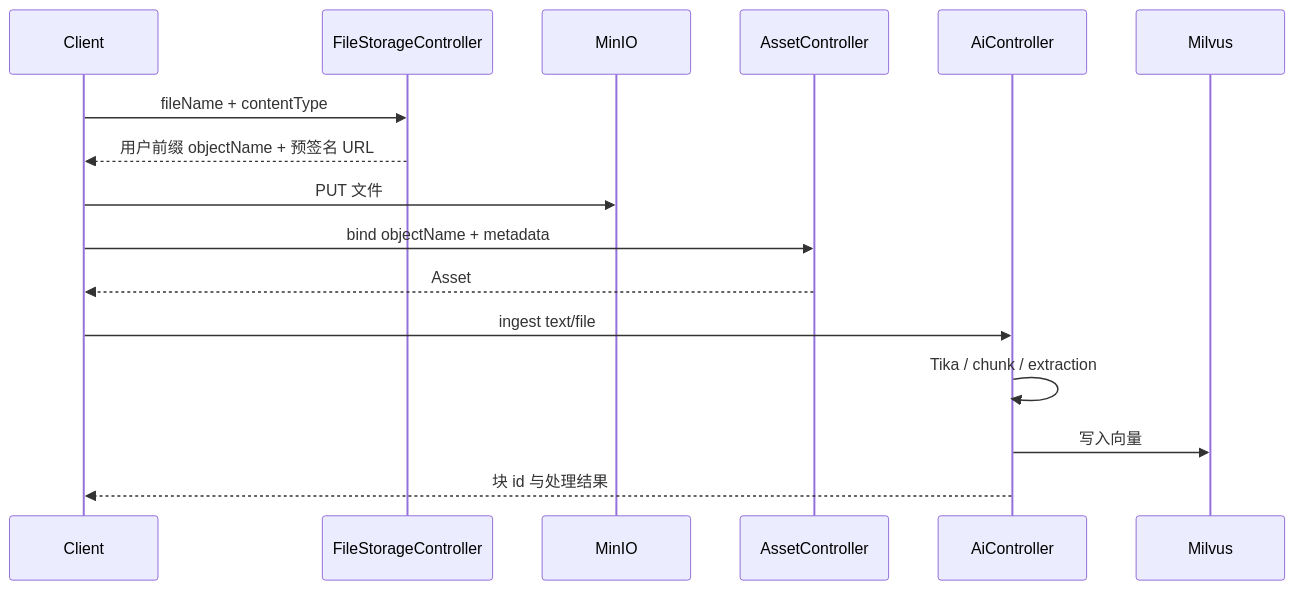
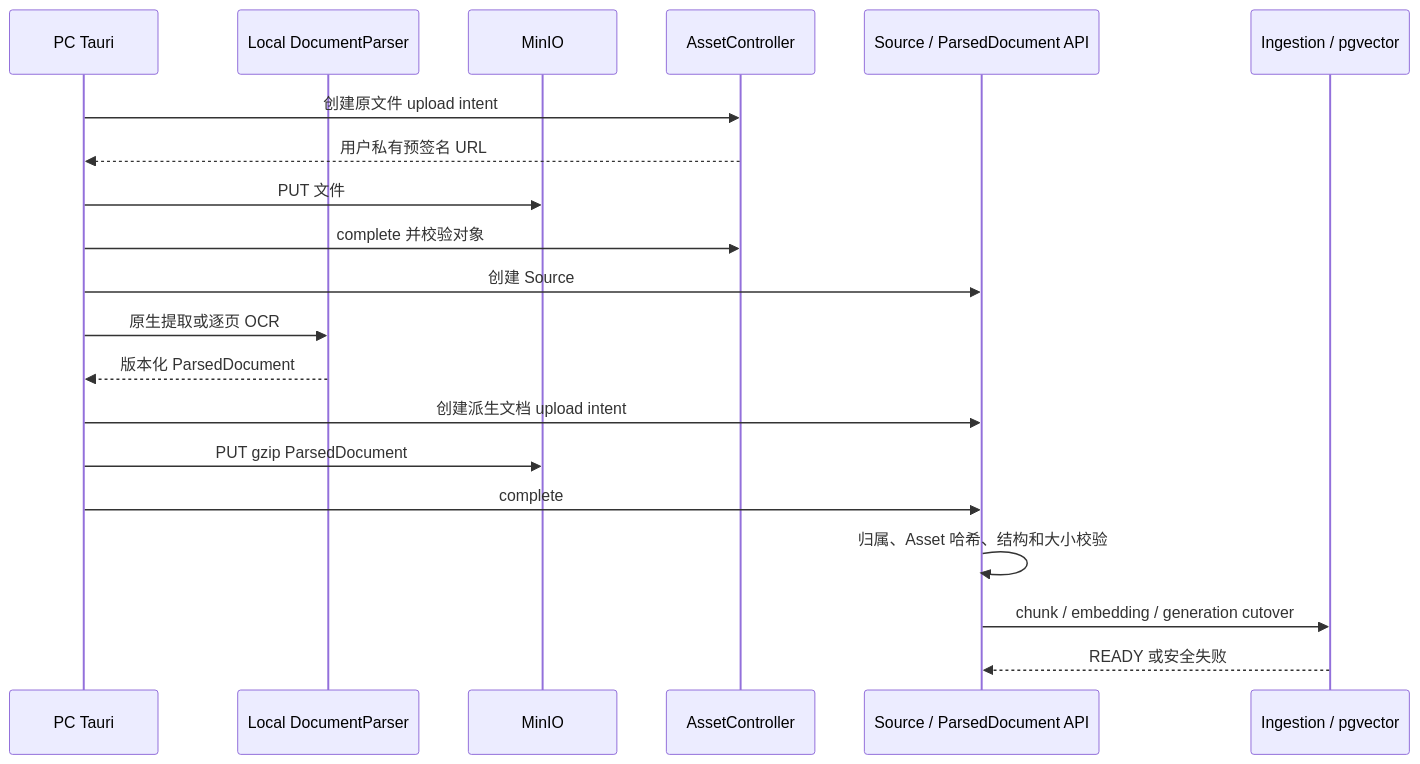
One commit to fewhuooo/Auralis changed the fourth of 4 diagrams in docs/project/Architecture.md. Above: the diagram before and after it, drawn with Mermaid. The commit also changed other lines of this file and 5 other files, not shown here.

Commit message:
docs: design pc tauri ai reading flow

````diff
--- a/docs/project/Architecture.md
+++ b/docs/project/Architecture.md
@@ -141,18 +142,22 @@
 ```mermaid
 sequenceDiagram
-  participant C as Client
-  participant F as FileStorageController
+  participant C as PC Tauri
+  participant P as Local DocumentParser
   participant O as MinIO
   participant A as AssetController
-  participant AI as AiController
-  participant V as Milvus
-  C->>F: fileName + contentType
-  F-->>C: 用户前缀 objectName + 预签名 URL
+  participant S as Source / ParsedDocument API
+  participant R as Ingestion / pgvector
+  C->>A: 创建原文件 upload intent
+  A-->>C: 用户私有预签名 URL
   C->>O: PUT 文件
-  C->>A: bind objectName + metadata
-  A-->>C: Asset
-  C->>AI: ingest text/file
-  AI->>AI: Tika / chunk / extraction
-  AI->>V: 写入向量
-  AI-->>C: 块 id 与处理结果
+  C->>A: complete 并校验对象
+  C->>S: 创建 Source
+  C->>P: 原生提取或逐页 OCR
+  P-->>C: 版本化 ParsedDocument
+  C->>S: 创建派生文档 upload intent
+  C->>O: PUT gzip ParsedDocument
+  C->>S: complete
+  S->>S: 归属、Asset 哈希、结构和大小校验
+  S->>R: chunk / embedding / generation cutover
+  R-->>S: READY 或安全失败
 ```
````
